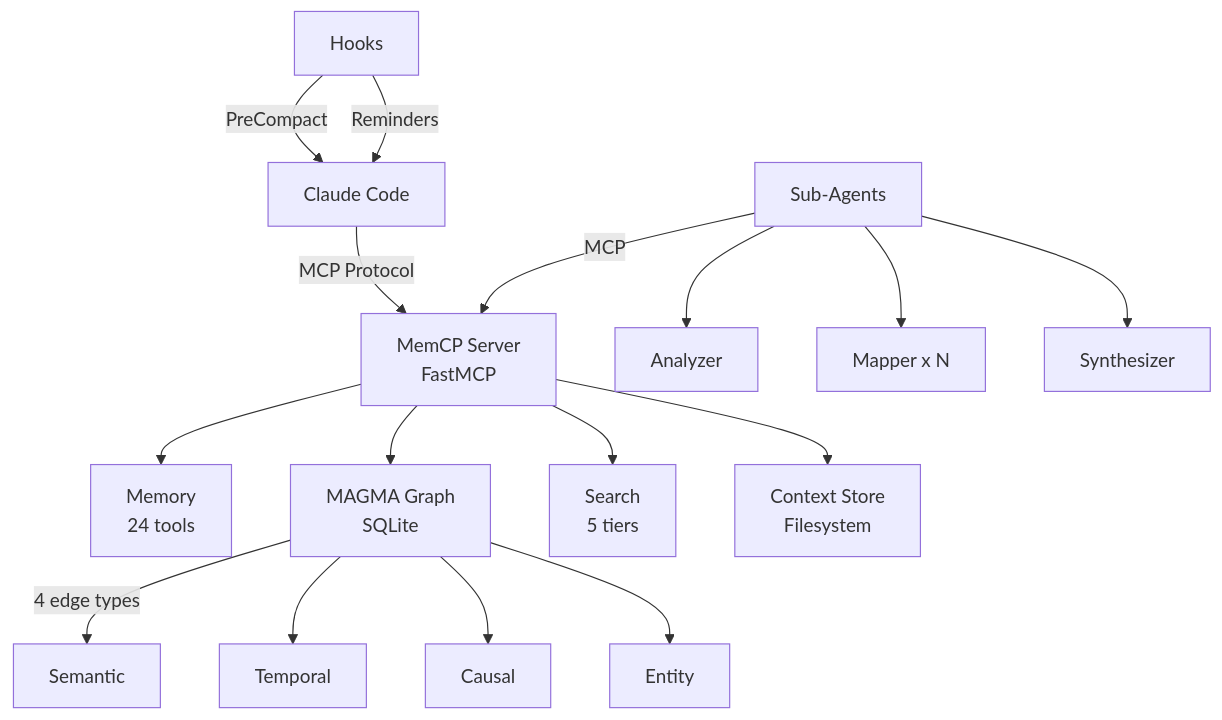
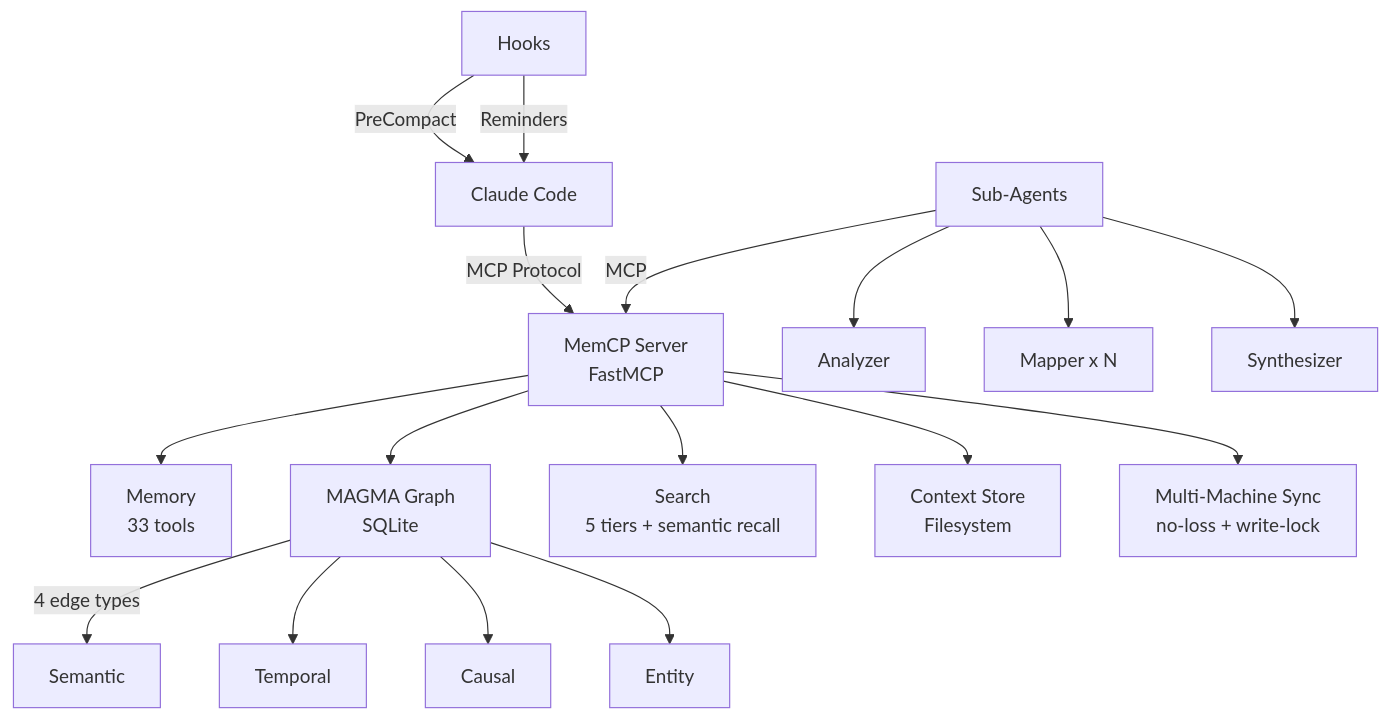
The diagram in README.md (jeffborden/memcp-public), drawn with Mermaid before and after one commit. The commit also changed other lines of this file, not shown here.

Commit message:
docs(README): mark as fork of maydali28/memcp; document fork additions (semantic recall, multi-machine sync, grep/index/lifecycle tools); fix tool count 24->33 + diagram

````diff
--- a/README.md
+++ b/README.md
@@ -48,21 +65,22 @@
 ```mermaid
 graph TB
     CC[Claude Code] -->|MCP Protocol| S[MemCP Server<br/>FastMCP]
-    S --> M[Memory<br/>24 tools]
+    S --> M[Memory<br/>33 tools]
     S --> G[MAGMA Graph<br/>SQLite]
-    S --> SR[Search<br/>5 tiers]
+    S --> SR[Search<br/>5 tiers + semantic recall]
     S --> C[Context Store<br/>Filesystem]
+    S --> SY[Multi-Machine Sync<br/>no-loss + write-lock]
 
     G -->|4 edge types| E1[Semantic]
     G --> E2[Temporal]
     G --> E3[Causal]
     G --> E4[Entity]
 
     SA[Sub-Agents] -->|MCP| S
     SA --> A1[Analyzer]
     SA --> A2[Mapper x N]
     SA --> A3[Synthesizer]
 
     H[Hooks] -->|PreCompact| CC
     H -->|Reminders| CC
 ```
````
